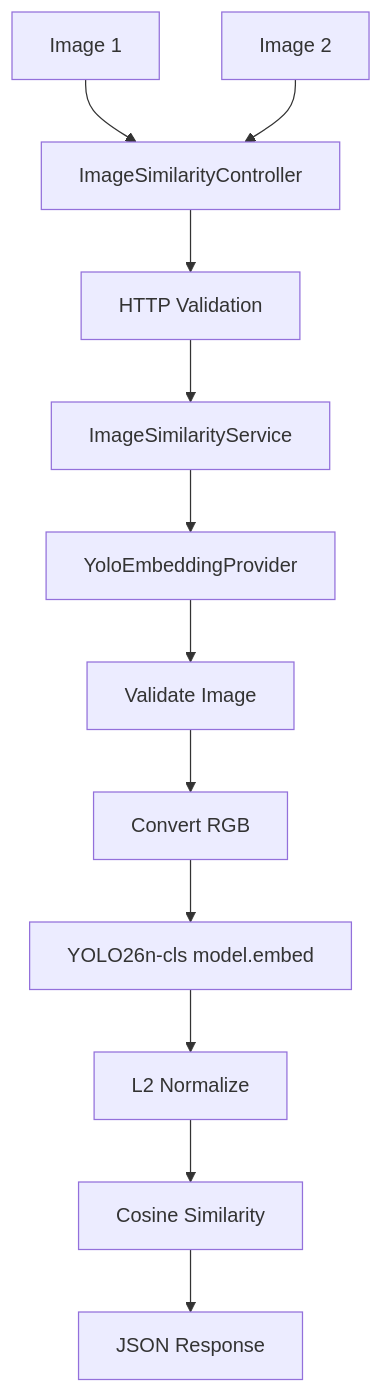
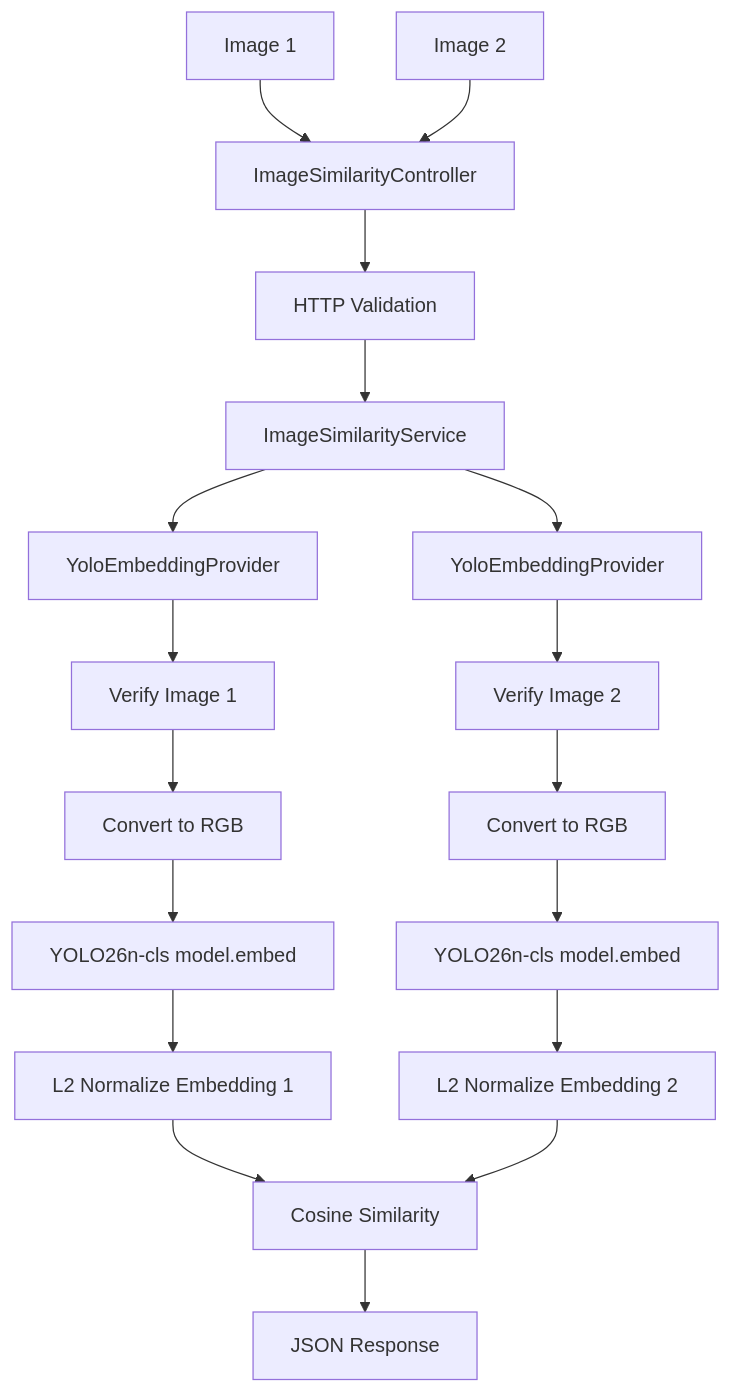
One commit to Amirmahdimtz/vision-similarity-service changed the first of 2 diagrams in README.md. Above: the diagram before and after it, drawn with Mermaid. The commit also changed other lines of this file, not shown here.

```diff
--- a/README.md
+++ b/README.md
@@ -354,14 +407,28 @@
 ~~~mermaid
 flowchart TD
     A[Image 1] --> C[ImageSimilarityController]
     B[Image 2] --> C
+
     C --> D[HTTP Validation]
     D --> E[ImageSimilarityService]
+
     E --> F[YoloEmbeddingProvider]
-    F --> G[Validate Image]
-    G --> H[Convert RGB]
-    H --> I[YOLO26n-cls model.embed]
-    I --> J[L2 Normalize]
-    J --> K[Cosine Similarity]
-    K --> L[JSON Response]
+    E --> G[YoloEmbeddingProvider]
+
+    F --> H[Verify Image 1]
+    G --> I[Verify Image 2]
+
+    H --> J[Convert to RGB]
+    I --> K[Convert to RGB]
+
+    J --> L[YOLO26n-cls model.embed]
+    K --> M[YOLO26n-cls model.embed]
+
+    L --> N[L2 Normalize Embedding 1]
+    M --> O[L2 Normalize Embedding 2]
+
+    N --> P[Cosine Similarity]
+    O --> P
+
+    P --> Q[JSON Response]
 ~~~
```
